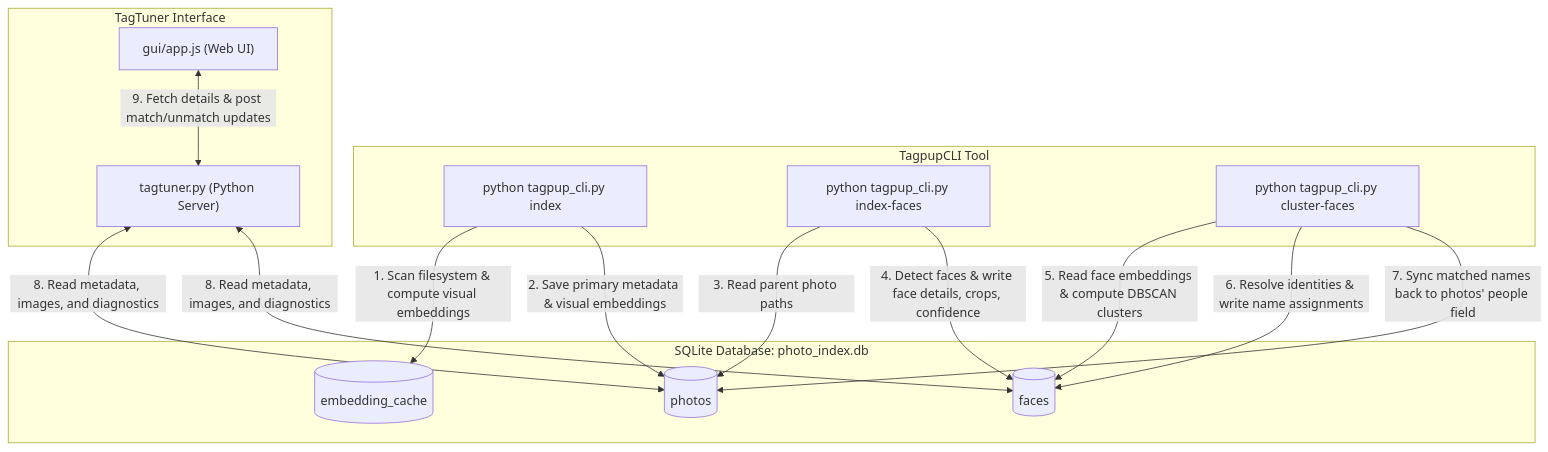
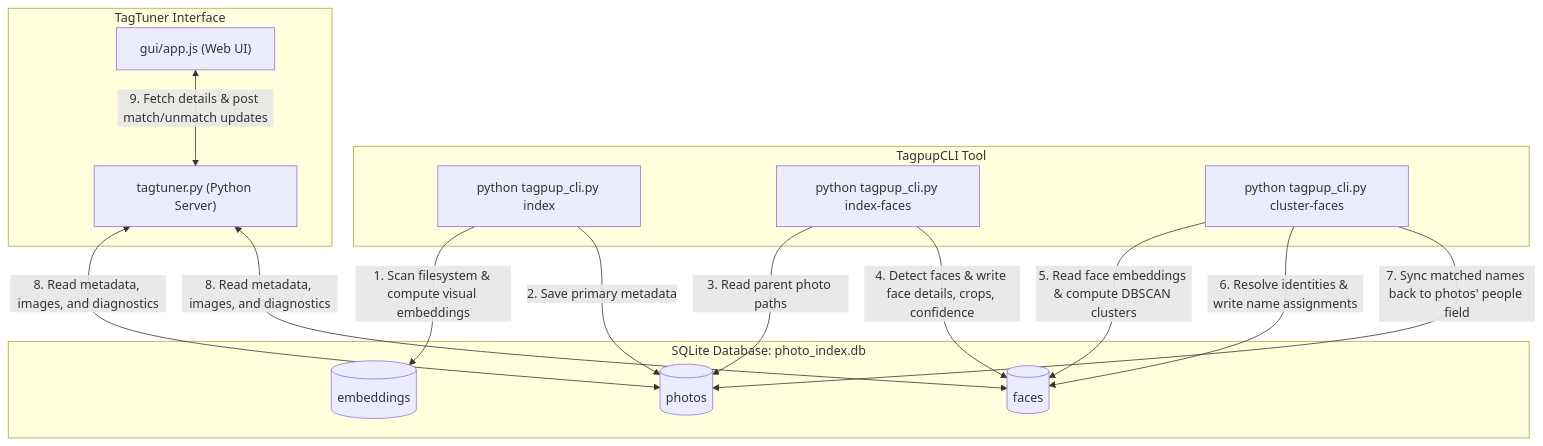
The second of 2 diagrams in DATABASE.md (Wizoi/TagPup), drawn with Mermaid before and after one commit. The commit also changed other lines of this file and 19 other files, not shown here.

````diff
--- a/DATABASE.md
+++ b/DATABASE.md
@@ -244,36 +236,36 @@
 ```mermaid
 flowchart TD
     subgraph CLI Commands [TagpupCLI Tool]
         A["python tagpup_cli.py index"]
         B["python tagpup_cli.py index-faces"]
         C["python tagpup_cli.py cluster-faces"]
     end
 
     subgraph Web App [TagTuner Interface]
         D["tagtuner.py (Python Server)"]
         E["gui/app.js (Web UI)"]
     end
 
     subgraph DB [SQLite Database: photo_index.db]
         T1[(photos)]
         T2[(faces)]
-        T3[(embedding_cache)]
+        T3[(embeddings)]
     end
 
     %% CLI Indexing Interactions
     A -->|1. Scan filesystem & compute visual embeddings| T3
-    A -->|2. Save primary metadata & visual embeddings| T1
+    A -->|2. Save primary metadata| T1
     
     %% CLI Face Extraction Interactions
     B -->|3. Read parent photo paths| T1
     B -->|4. Detect faces & write face details, crops, confidence| T2
     
     %% CLI Identity Clustering Interactions
     C -->|5. Read face embeddings & compute DBSCAN clusters| T2
     C -->|6. Resolve identities & write name assignments| T2
     C -->|7. Sync matched names back to photos' people field| T1
 
     %% Server & Web UI Interactions
     D <-->|8. Read metadata, images, and diagnostics| T1 & T2
     E <-->|9. Fetch details & post match/unmatch updates| D
 ```
````
